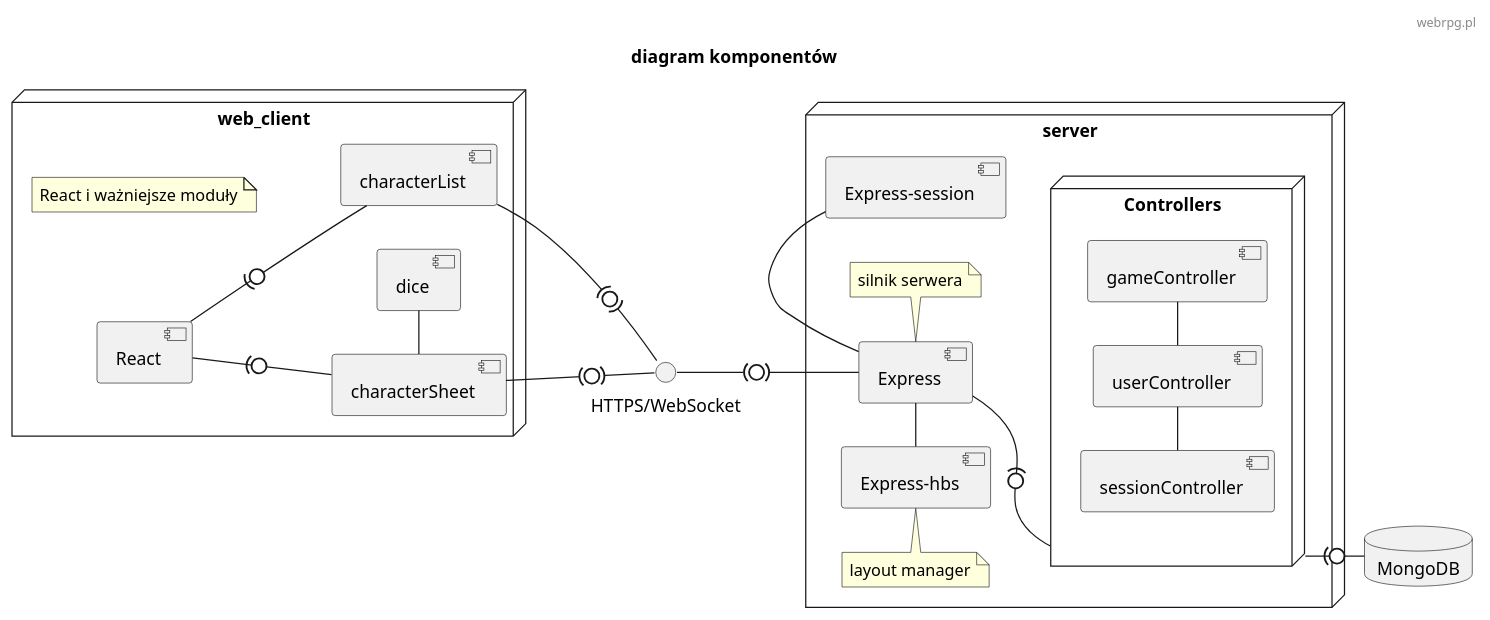
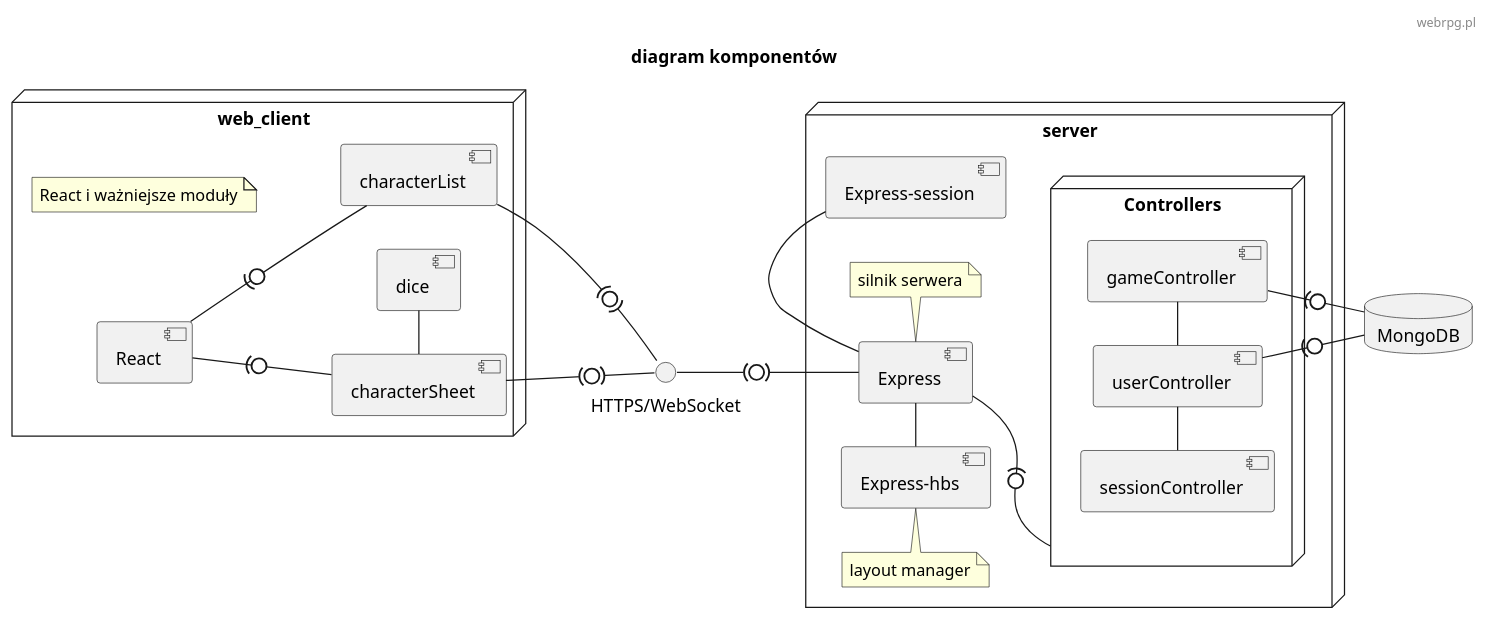
The diagram in documentation/diagrams/diagram_komponentów.plantuml (TheVivent-Politechnika-Lodzka/io_webrpg), drawn with PlantUML before and after one commit. The commit also changed 3 other files, not shown here.

```diff
--- a/documentation/diagrams/diagram_komponentów.plantuml
+++ b/documentation/diagrams/diagram_komponentów.plantuml
@@ -1,46 +1,48 @@
 @startuml
 skinparam defaultFontName "Comic Sans MS"
 header webrpg.pl
 title "diagram komponentów"
 left to right direction
 
 interface "HTTPS/WebSocket" as HTTPS
 
 node web_client {
     note as N1
         React i ważniejsze moduły
     end note
     [React] -(0- [characterSheet] 
     [React] -(0- [characterList]
     [characterSheet] -(0)- HTTPS
     [characterSheet] - [dice]
     [characterList] -(0)- HTTPS
 
 }
 
 node "server" {
     HTTPS -(0)- [Express]
     [Express-hbs] - [Express]
     [Express] - [Express-session]
 
     note top of [Express-hbs]
         layout manager
     end note
 
     note bottom of [Express]
         silnik serwera
     end note
 
     [Express] -(0- Controllers
     node Controllers {
         [sessionController] - [userController]
         [userController] - [gameController]
     }
 
 }
 
 
 database "MongoDB"
-Controllers -(0- MongoDB
+[gameController] -(0- MongoDB
+[userController] -(0- MongoDB
+' Controllers -(0- MongoDB
 
 @enduml
```
